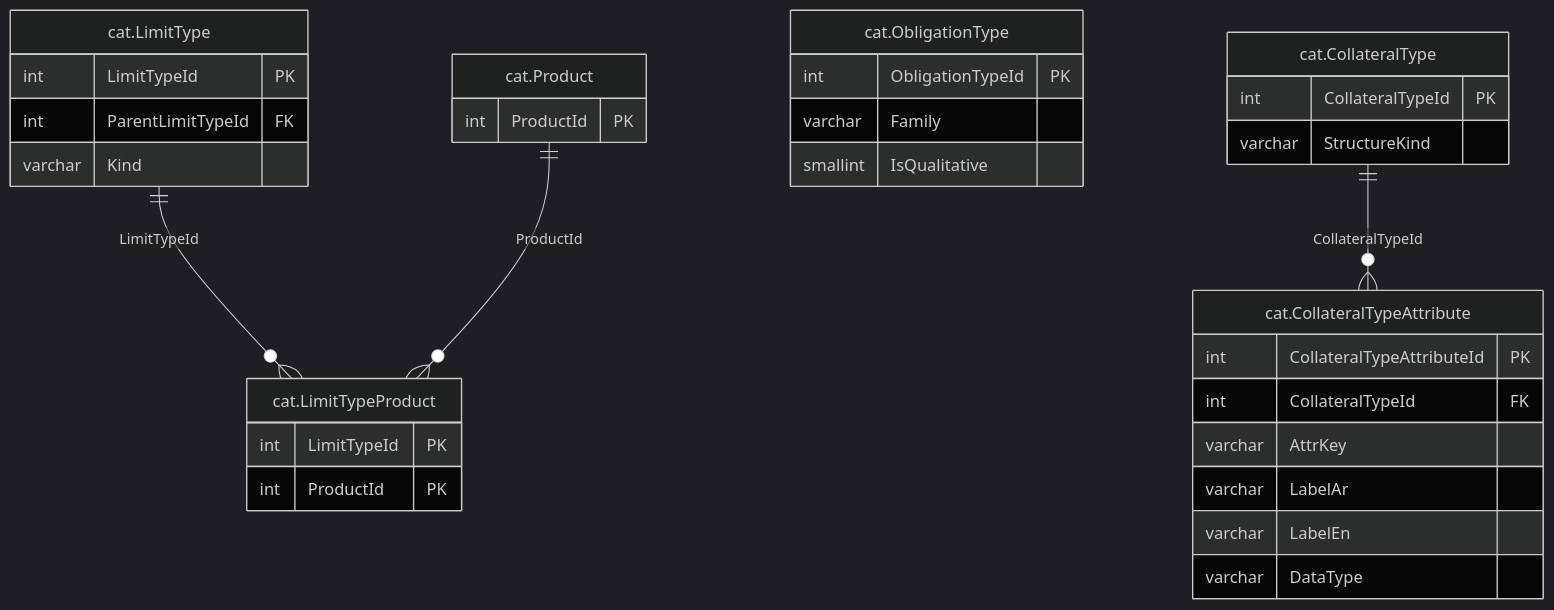
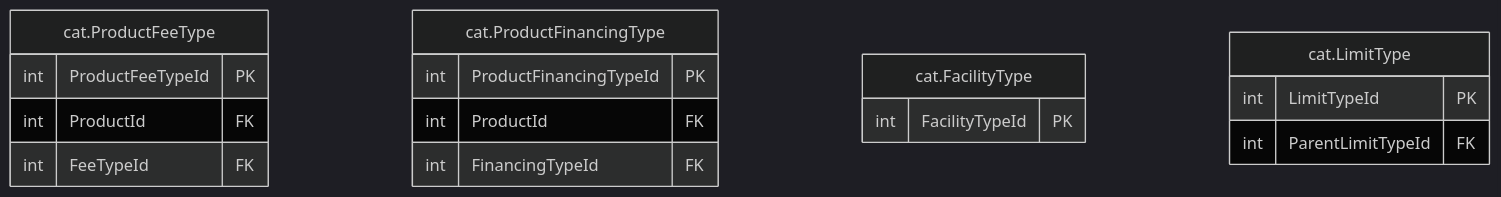
One commit to thawrasy/smartlines changed the diagram in treasury-platform/docs/diagrams/erd/m4_products_2.mmd. Above: the diagram before and after it, drawn with Mermaid (dark theme). The commit also changed 230 other files, not shown here.

First line of the commit message:
Rework the ERD Word document after design-review findings

```diff
--- a/treasury-platform/docs/diagrams/erd/m4_products_2.mmd
+++ b/treasury-platform/docs/diagrams/erd/m4_products_2.mmd
@@ -1,34 +1,19 @@
-%% م4 · المنتجات والرسوم والتمويل والضمانات (2/2) — Products, fees, financing & collateral types
+%% م4 · المنتجات والرسوم والتمويل والضمانات (2/3) — Products, fees, financing & collateral types
 erDiagram
+  cat_ProductFeeType["cat.ProductFeeType"] {
+    int ProductFeeTypeId PK
+    int ProductId FK
+    int FeeTypeId FK
+  }
+  cat_ProductFinancingType["cat.ProductFinancingType"] {
+    int ProductFinancingTypeId PK
+    int ProductId FK
+    int FinancingTypeId FK
+  }
+  cat_FacilityType["cat.FacilityType"] {
+    int FacilityTypeId PK
+  }
   cat_LimitType["cat.LimitType"] {
     int LimitTypeId PK
     int ParentLimitTypeId FK
-    varchar Kind
   }
-  cat_LimitTypeProduct["cat.LimitTypeProduct"] {
-    int LimitTypeId PK
-    int ProductId PK
-  }
-  cat_CollateralType["cat.CollateralType"] {
-    int CollateralTypeId PK
-    varchar StructureKind
-  }
-  cat_CollateralTypeAttribute["cat.CollateralTypeAttribute"] {
-    int CollateralTypeAttributeId PK
-    int CollateralTypeId FK
-    varchar AttrKey
-    varchar LabelAr
-    varchar LabelEn
-    varchar DataType
-  }
-  cat_ObligationType["cat.ObligationType"] {
-    int ObligationTypeId PK
-    varchar Family
-    smallint IsQualitative
-  }
-  cat_Product["cat.Product"] {
-    int ProductId PK
-  }
-  cat_CollateralType ||--o{ cat_CollateralTypeAttribute : "CollateralTypeId"
-  cat_LimitType ||--o{ cat_LimitTypeProduct : "LimitTypeId"
-  cat_Product ||--o{ cat_LimitTypeProduct : "ProductId"
```
